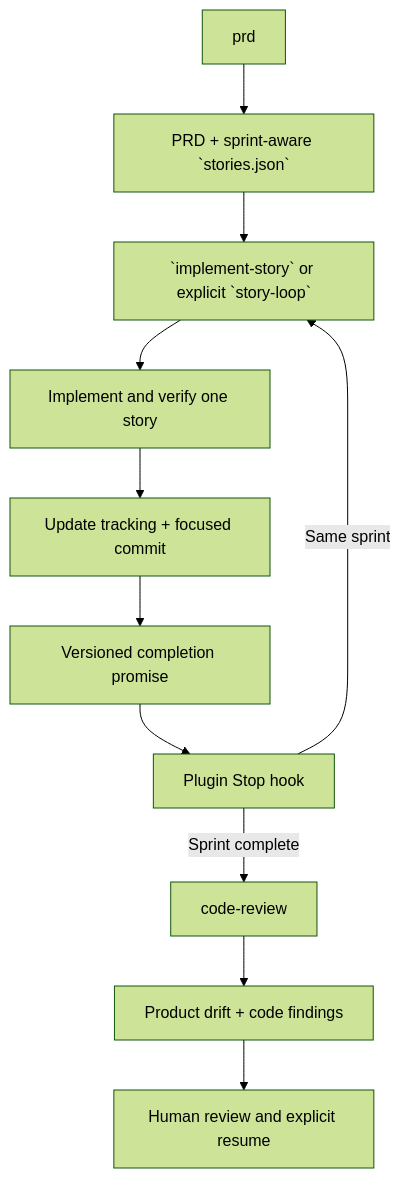
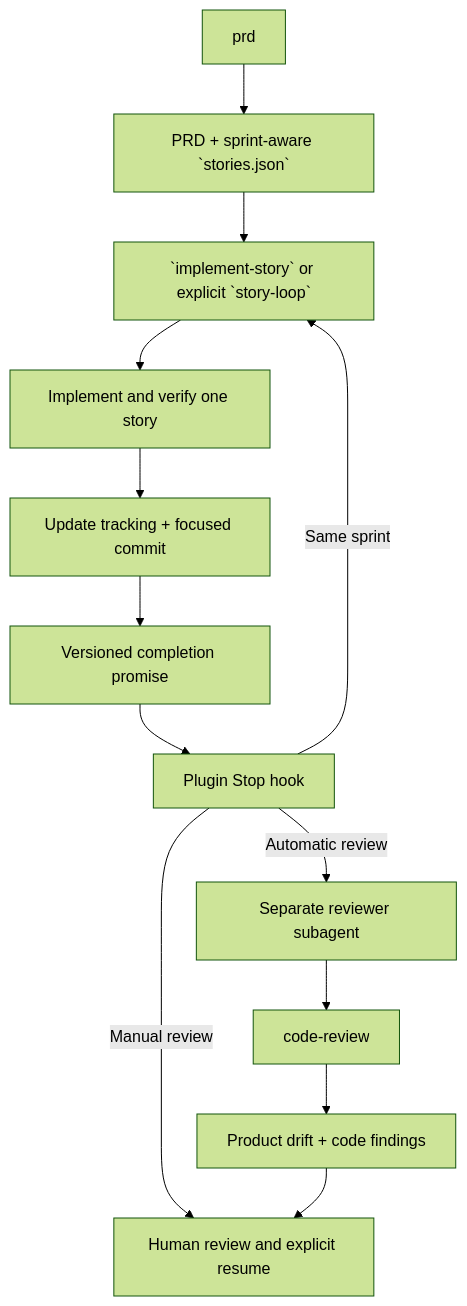
One commit to yogur/ai-dev-toolkit changed the diagram in README.md. Above: the diagram before and after it, drawn with Mermaid (forest theme). The commit also changed other lines of this file and 4 other files, not shown here.

Commit message:
Invoke code review in a sub-agent + add support for disabling automatic code reviews

````diff
--- a/README.md
+++ b/README.md
@@ -41,13 +41,15 @@
 ```mermaid
 flowchart TD
     A["`prd`"] --> B["PRD + sprint-aware `stories.json`"]
     B --> C[" `implement-story` or explicit `story-loop`"]
     C --> D["Implement and verify one story"]
     D --> E["Update tracking + focused commit"]
     E --> F["Versioned completion promise"]
     F --> G["Plugin Stop hook"]
     G -->|"Same sprint"| C
-    G -->|"Sprint complete"| H["`code-review`"]
-    H --> I["Product drift + code findings"]
-    I --> J["Human review and explicit resume"]
+    G -->|"Automatic review"| H["Separate reviewer subagent"]
+    G -->|"Manual review"| K["Stop for human review"]
+    H --> I["`code-review`"]
+    I --> J["Product drift + code findings"]
+    J --> K["Human review and explicit resume"]
 ```
````
